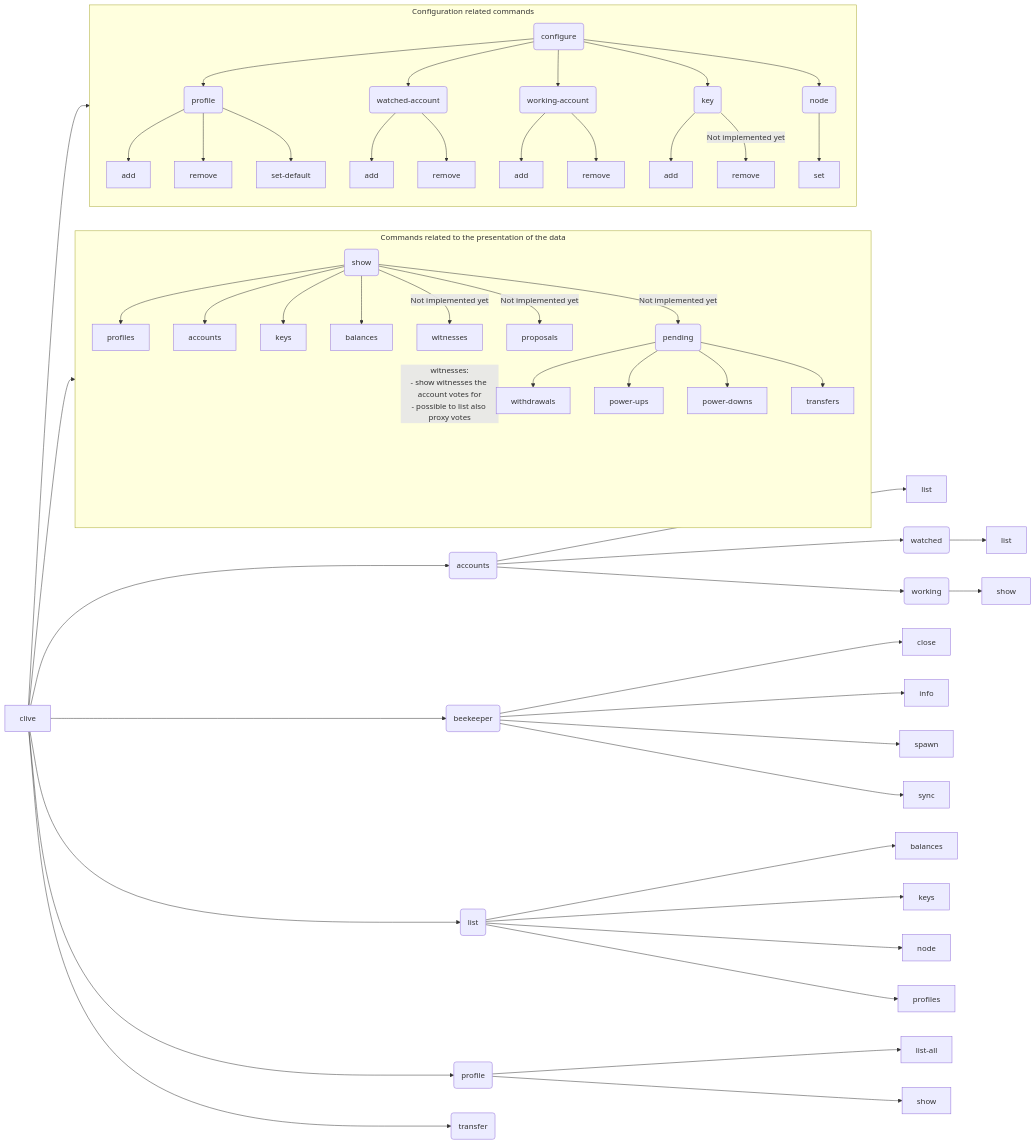
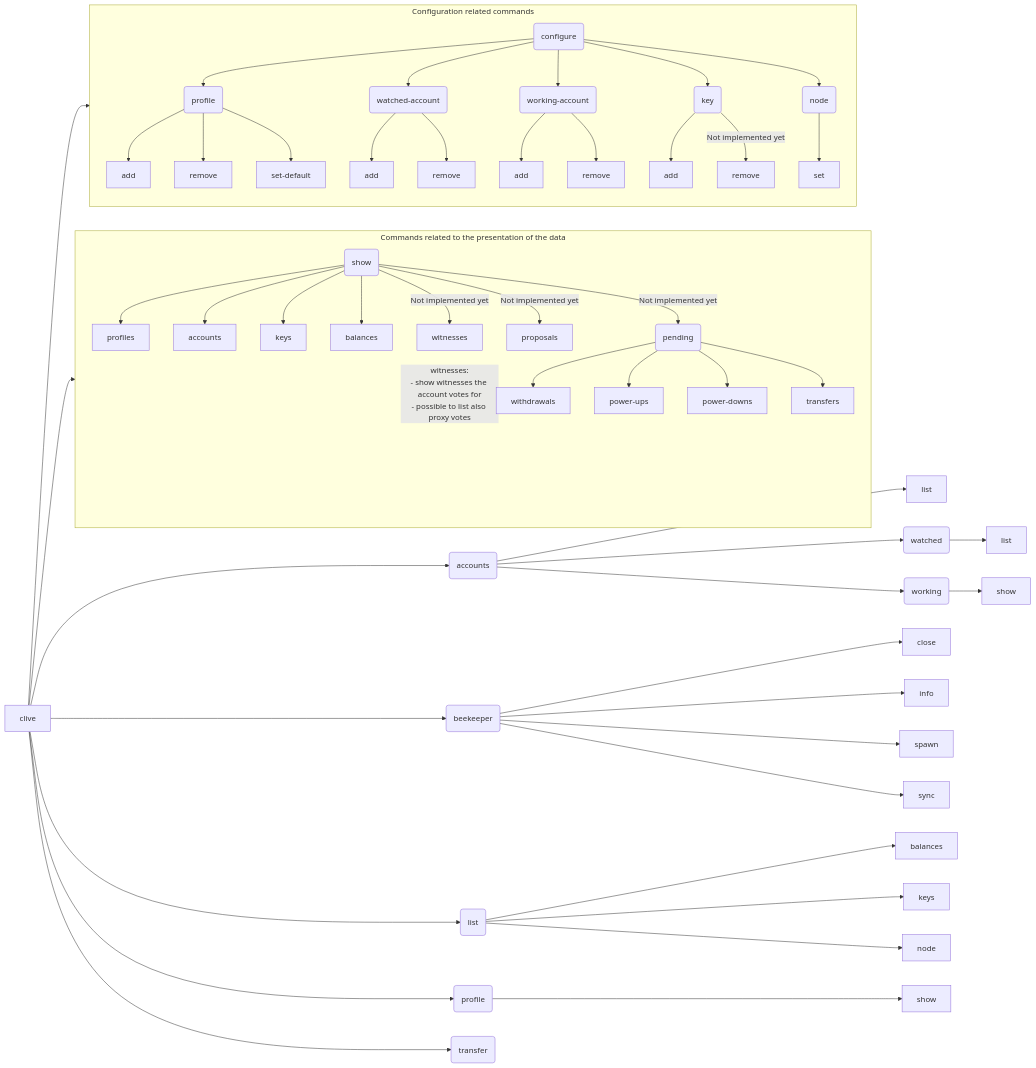
One commit to openhive-network/clive changed the diagram in clive/__private/cli/commands_structure.md. Above: the diagram before and after it, drawn with Mermaid. The commit also changed 9 other files, not shown here.

````diff
--- a/clive/__private/cli/commands_structure.md
+++ b/clive/__private/cli/commands_structure.md
@@ -16,69 +16,67 @@
 ```mermaid
 flowchart LR
     Clive[clive] --> Configuration
     Clive --> Presentation
 
     subgraph Presentation[Commands related to the presentation of the data]
         Show(show) --> ShowProfiles[profiles]
 
         Show --> ShowAccounts[accounts]
 
         Show --> ShowKeys[keys]
 
         Show --> ShowBalances[balances]
 
         Show -->|"Not implemented yet"| ShowWitnesses[witnesses]
         ShowWitnesses ~~~|"witnesses:<br>- show witnesses the account votes for<br>- possible to list also proxy votes"| ShowWitnesses
 
         Show -->|"Not implemented yet"| ShowProposals[proposals]
 
         Show -->|"Not implemented yet"| ShowPending(pending)
         ShowPending --> ShowPendingTransferFromSavings[withdrawals]
         ShowPending --> ShowPendingPowerUps[power-ups]
         ShowPending --> ShowPendingPowerDowns[power-downs]
         ShowPending --> ShowPendingRecurrentTransfers[transfers]
     end
 
     subgraph Configuration[Configuration related commands]
         Configure(configure) --> ConfigureProfile(profile)
         ConfigureProfile --> CreateProfile[add]
         ConfigureProfile --> DeleteProfile[remove]
         ConfigureProfile --> SetDefaultProfile[set-default]
 
         Configure --> ConfigureWatchedAccount(watched-account)
         ConfigureWatchedAccount --> AddWatchedAccount[add]
         ConfigureWatchedAccount --> RemoveWatchedAccount[remove]
 
         Configure --> ConfigureWorkingAccount(working-account)
         ConfigureWorkingAccount --> AddWorkingAccount[add]
         ConfigureWorkingAccount --> RemoveWorkingAccount[remove]
 
         Configure --> ConfigureKey(key)
         ConfigureKey --> AddKey[add]
         ConfigureKey -->|"Not implemented yet"| RemoveKey[remove]
 
         Configure --> ConfigureNode(node)
         ConfigureNode --> SetNode[set]
     end
 
     Clive[clive] --> Accounts(accounts)
     Accounts --> AccountsList[list]
     Accounts --> AccountsWatched(watched)
     Accounts --> AccountsWorking(working)
     AccountsWatched --> AccountsWatchedList[list]
     AccountsWorking --> AccountsWorkingShow[show]
     Clive --> Beekeeper(beekeeper)
     Beekeeper --> BeekeeperClose[close]
     Beekeeper --> BeekeeperInfo[info]
     Beekeeper --> BeekeeperSpawn[spawn]
     Beekeeper --> BeekeeperSync[sync]
     Clive --> List(list)
     List --> ListBalances[balances]
     List --> ListKeys[keys]
     List --> ListNode[node]
-    List --> ListProfiles[profiles]
     Clive --> Profile(profile)
-    Profile --> ProfileListAll[list-all]
     Profile --> ProfileShow[show]
     Clive --> Transfer(transfer)
 ```
````
